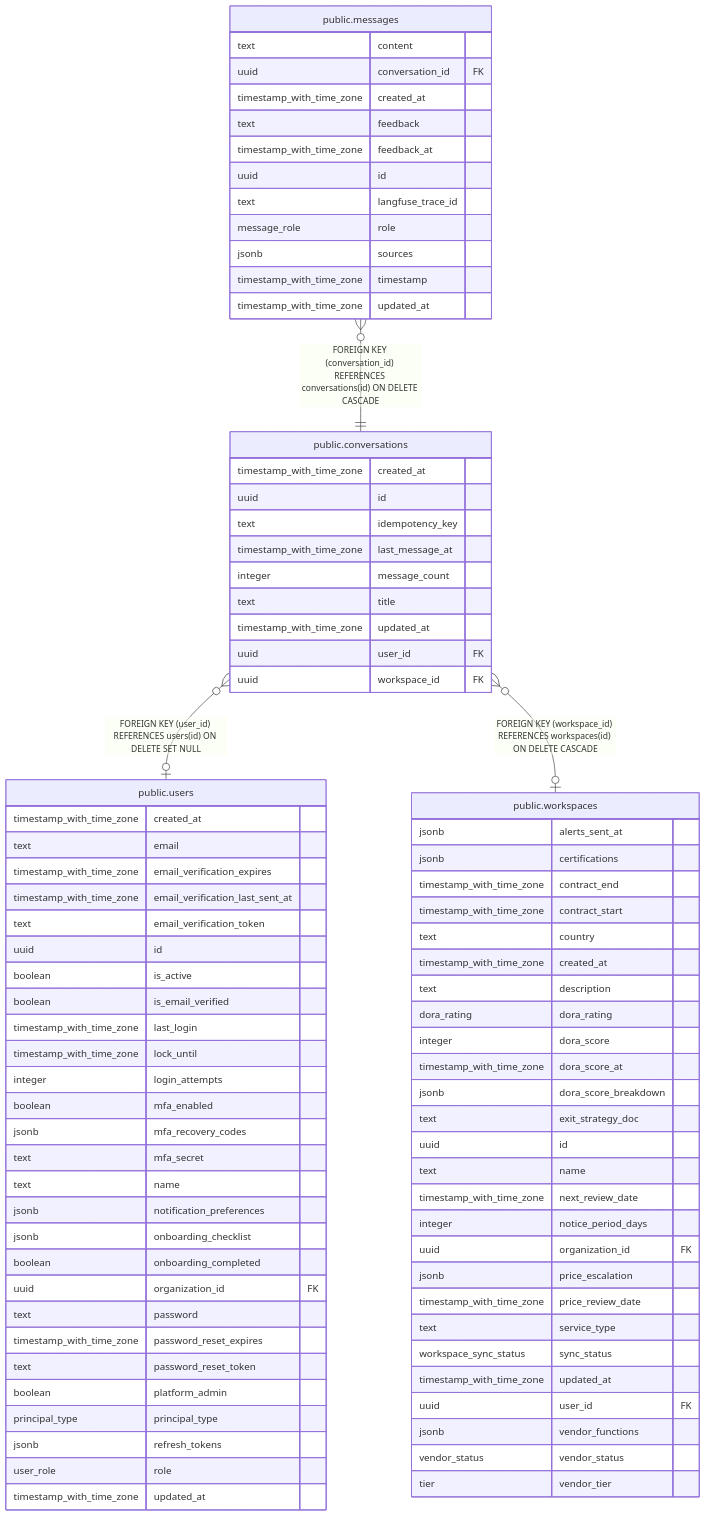
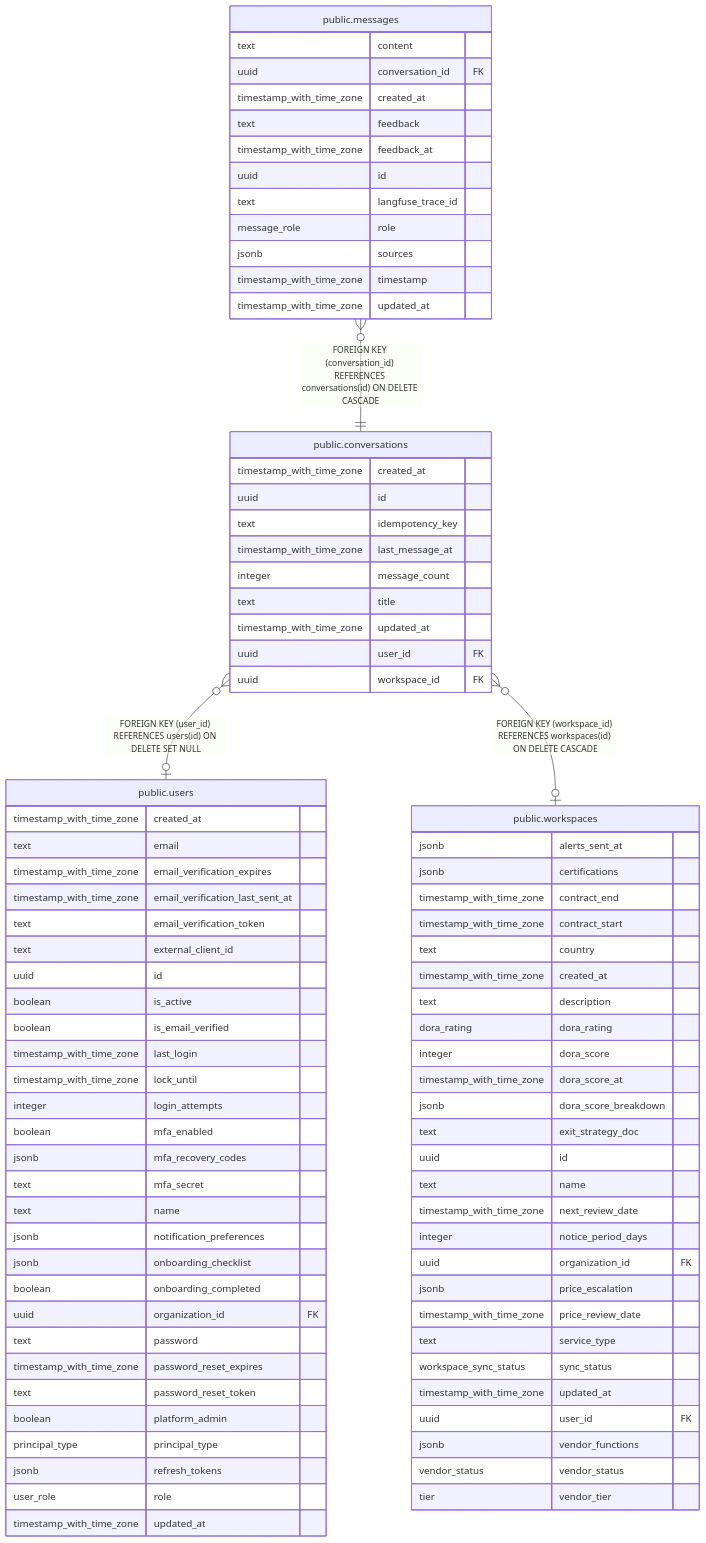
Before and after one commit to andrelair-platform/retrieva-backend: the diagram in docs/data-model/public.conversations.md, drawn with Mermaid. The commit also changed 40 other files, not shown here.

```diff
--- a/docs/data-model/public.conversations.md
+++ b/docs/data-model/public.conversations.md
@@ -70,6 +70,7 @@
   timestamp_with_time_zone email_verification_expires
   timestamp_with_time_zone email_verification_last_sent_at
   text email_verification_token
+  text external_client_id
   uuid id
   boolean is_active
   boolean is_email_verified
```
